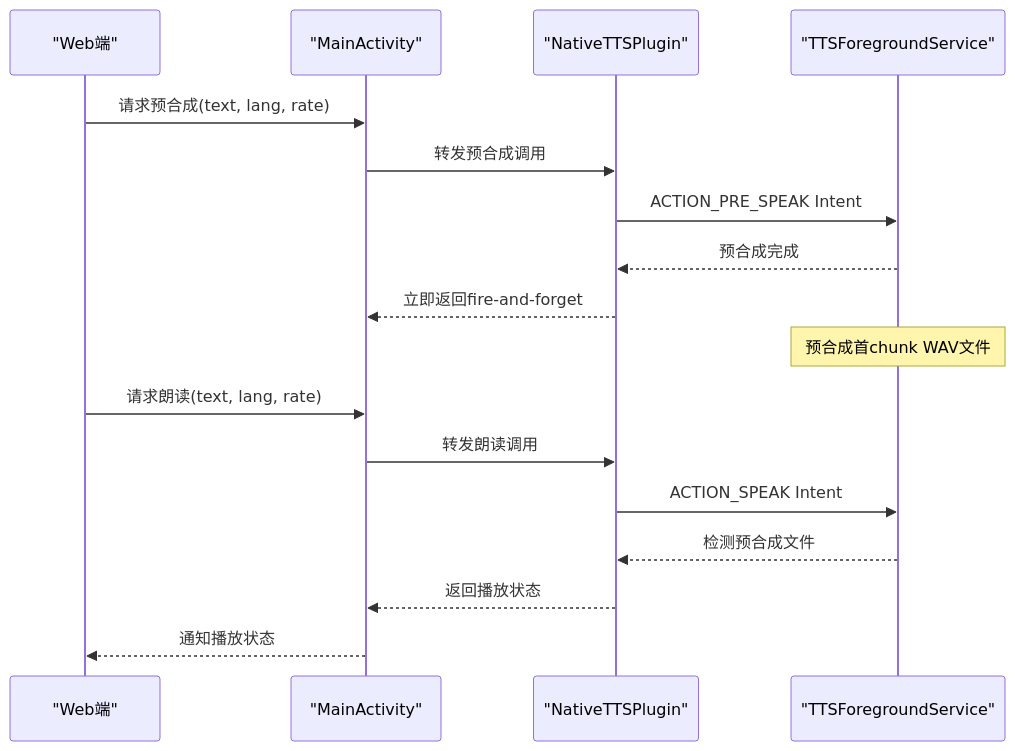
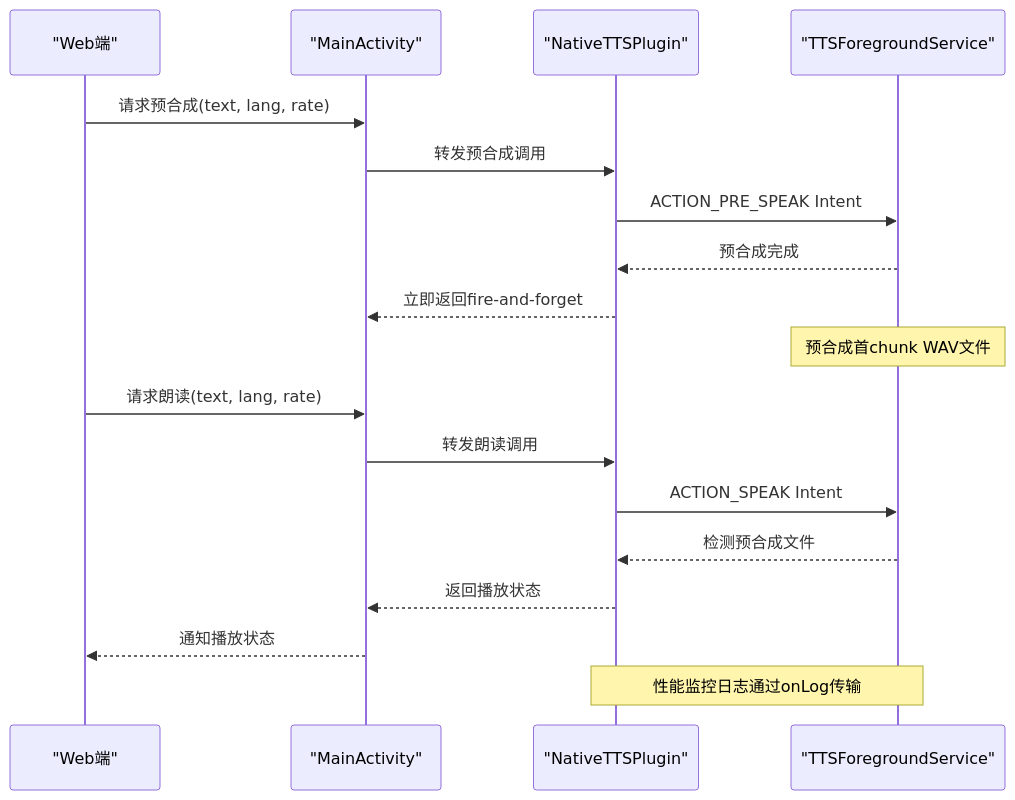
The seventh of 11 diagrams in .qoder/repowiki/zh/content/移动应用开发/移动应用开发.md (zhao-zg/cx), drawn with Mermaid before and after one commit. The commit also changed other lines of this file and 34 other files, not shown here.

````diff
--- a/.qoder/repowiki/zh/content/移动应用开发/移动应用开发.md
+++ b/.qoder/repowiki/zh/content/移动应用开发/移动应用开发.md
@@ -349,19 +364,20 @@
 ```mermaid
 sequenceDiagram
 participant W as "Web端"
 participant M as "MainActivity"
 participant T as "NativeTTSPlugin"
 participant S as "TTSForegroundService"
 W->>M : 请求预合成(text, lang, rate)
 M->>T : 转发预合成调用
 T->>S : ACTION_PRE_SPEAK Intent
 S-->>T : 预合成完成
 T-->>M : 立即返回fire-and-forget
 Note over S : 预合成首chunk WAV文件
 W->>M : 请求朗读(text, lang, rate)
 M->>T : 转发朗读调用
 T->>S : ACTION_SPEAK Intent
 S-->>T : 检测预合成文件
 T-->>M : 返回播放状态
 M-->>W : 通知播放状态
+Note over T,S : 性能监控日志通过onLog传输
 ```
````
